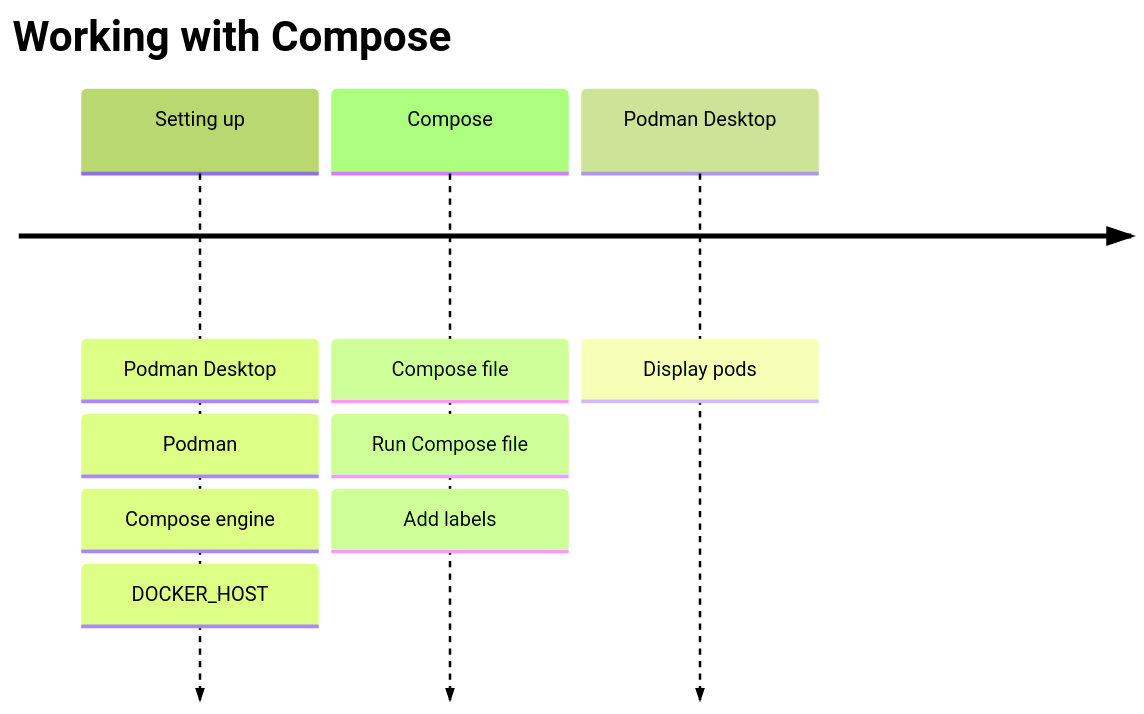
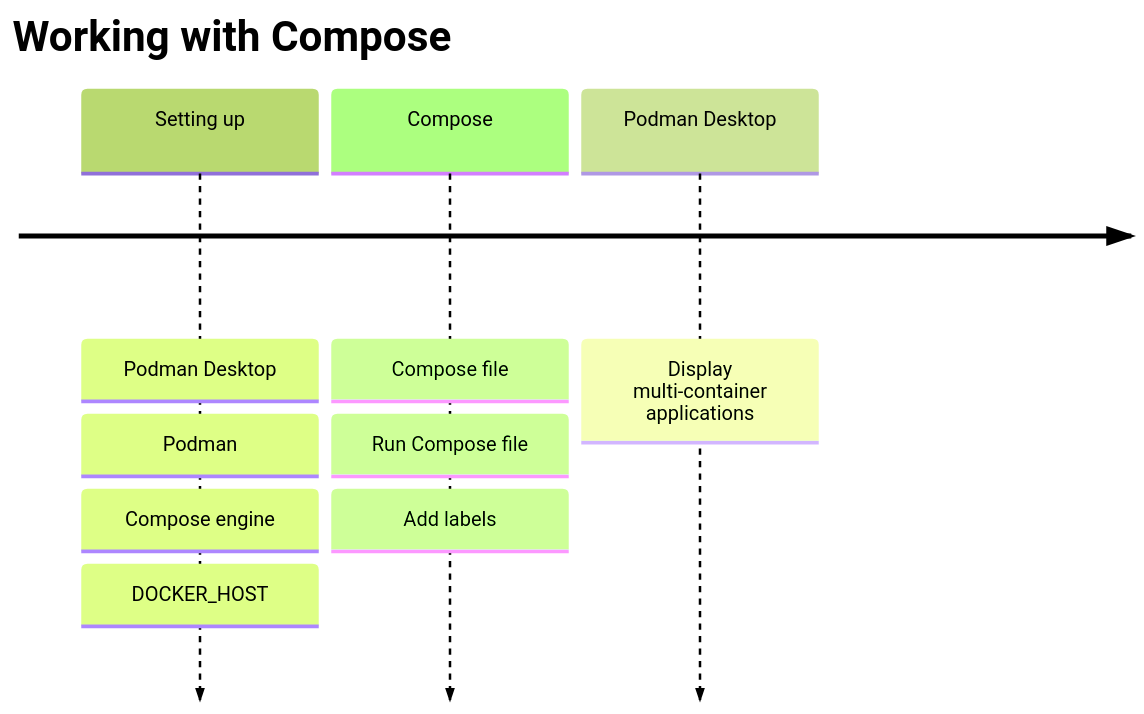
Before and after one commit to containers/podman-desktop: the diagram in website/docs/compose/index.md, drawn with Mermaid (forest theme).

````diff
--- a/website/docs/compose/index.md
+++ b/website/docs/compose/index.md
@@ -18,13 +18,13 @@
 ```mermaid
 timeline
     title Working with Compose
     Setting up : Podman Desktop
                : Podman
                : Compose engine
                : DOCKER_HOST
     Compose : Compose file
             : Run Compose file
             : Add labels
-    Podman Desktop: Display pods
+    Podman Desktop: Display multi-container applications
 
 ```
````
